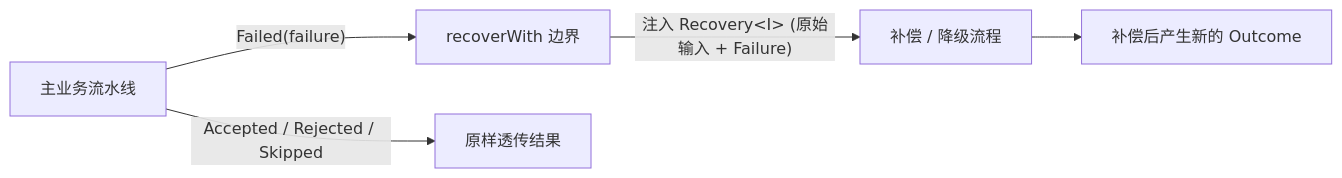
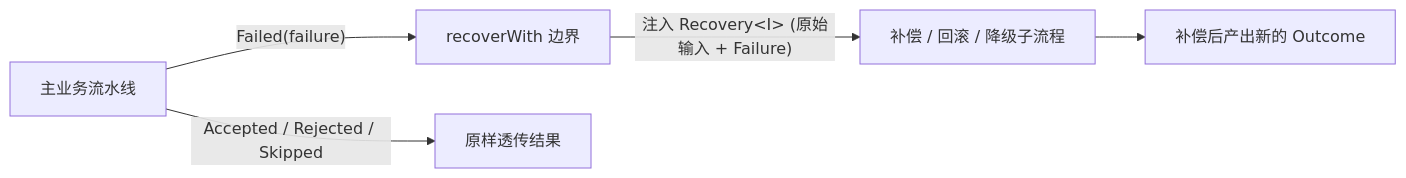
Before and after one commit to team4u/team4u-framework: the fourth of 4 diagrams in docs/flow/flow-propagation.md, drawn with Mermaid. The commit also changed other lines of this file and 4 other files, not shown here.

Commit message:
docs(flow): add practical recipes, builder breakdowns, and data extraction guides across flow docs

````diff
--- a/docs/flow/flow-propagation.md
+++ b/docs/flow/flow-propagation.md
@@ -148,7 +148,7 @@
 ```mermaid
 graph LR
     Main["主业务流水线"] -->|"Failed(failure)"| Rec["recoverWith 边界"]
     Main -->|"Accepted / Rejected / Skipped"| Out["原样透传结果"]
-    Rec -->|"注入 Recovery&lt;I&gt; (原始输入 + Failure)"| Comp["补偿 / 降级流程"]
-    Comp --> Final["补偿后产生新的 Outcome"]
+    Rec -->|"注入 Recovery&lt;I&gt; (原始输入 + Failure)"| Comp["补偿 / 回滚 / 降级子流程"]
+    Comp --> Final["补偿后产出新的 Outcome"]
 ```
````
